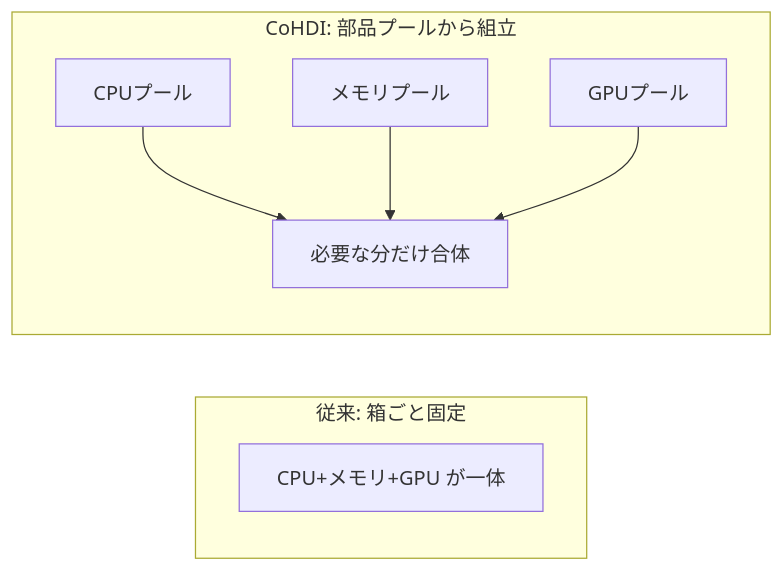
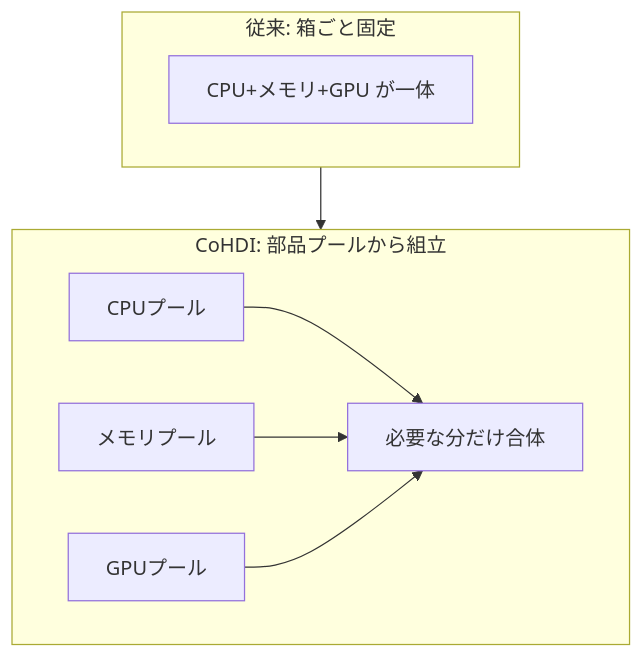
One commit to newbee1939/knowledge-flow changed the second of 5 diagrams in docs/blog/posts/2026-07-30.md. Above: the diagram before and after it, drawn with Mermaid. The commit also changed other lines of this file and 23 other files, not shown here.

First line of the commit message:
style: Mermaid 図を縦向きにして本文幅に収める

````diff
--- a/docs/blog/posts/2026-07-30.md
+++ b/docs/blog/posts/2026-07-30.md
@@ -82,11 +85,12 @@
 ```mermaid
-flowchart LR
-    subgraph 従来: 箱ごと固定
+flowchart TD
+    subgraph fixed["従来: 箱ごと固定"]
       X[CPU+メモリ+GPU が一体]
     end
-    subgraph CoHDI: 部品プールから組立
+    subgraph cohdi["CoHDI: 部品プールから組立"]
       P1[CPUプール] --> V[必要な分だけ合体]
       P2[メモリプール] --> V
       P3[GPUプール] --> V
     end
+    fixed --> cohdi
 ```
````
